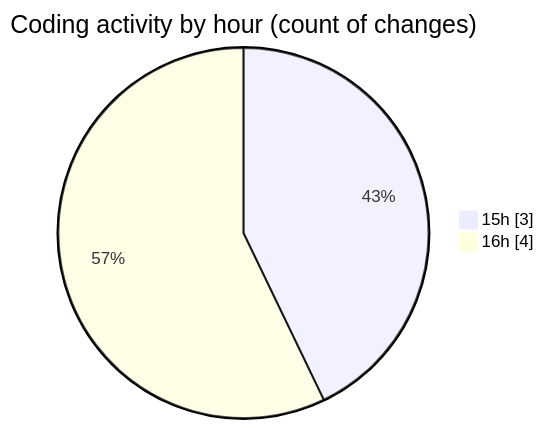
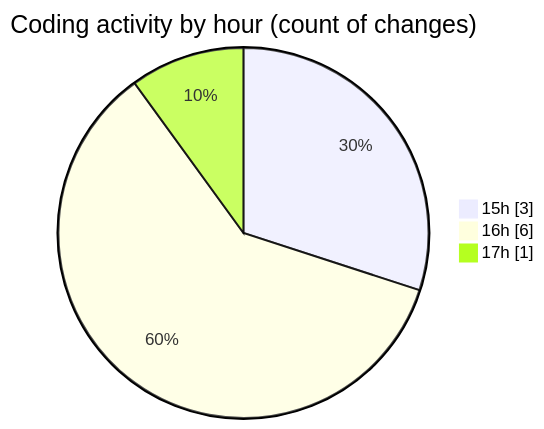
Before and after one commit to vahidmafi/code-tracking: the second of 2 diagrams in 2025-06-27/horizon/README.md, drawn with Mermaid. The commit also changed other lines of this file and 1 other file, not shown here.

````diff
--- a/2025-06-27/horizon/README.md
+++ b/2025-06-27/horizon/README.md
@@ -29,6 +29,7 @@
 ```mermaid
 pie showData
 title Coding activity by hour (count of changes)
 "15h" : 3
-"16h" : 4
+"16h" : 6
+"17h" : 1
 ```
````
